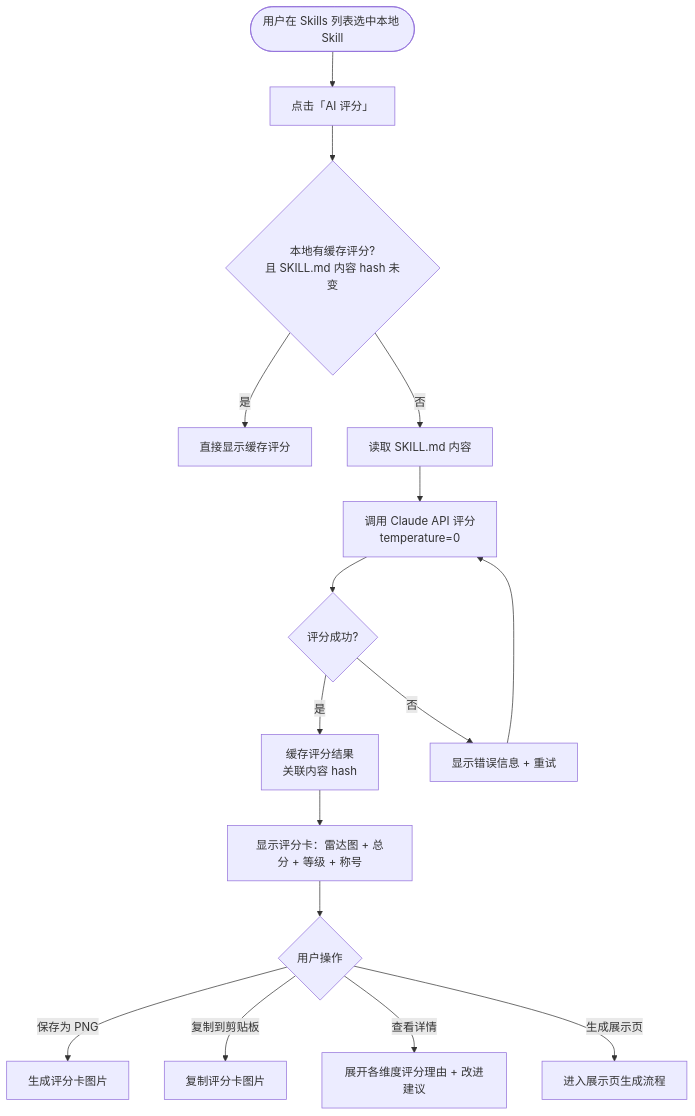
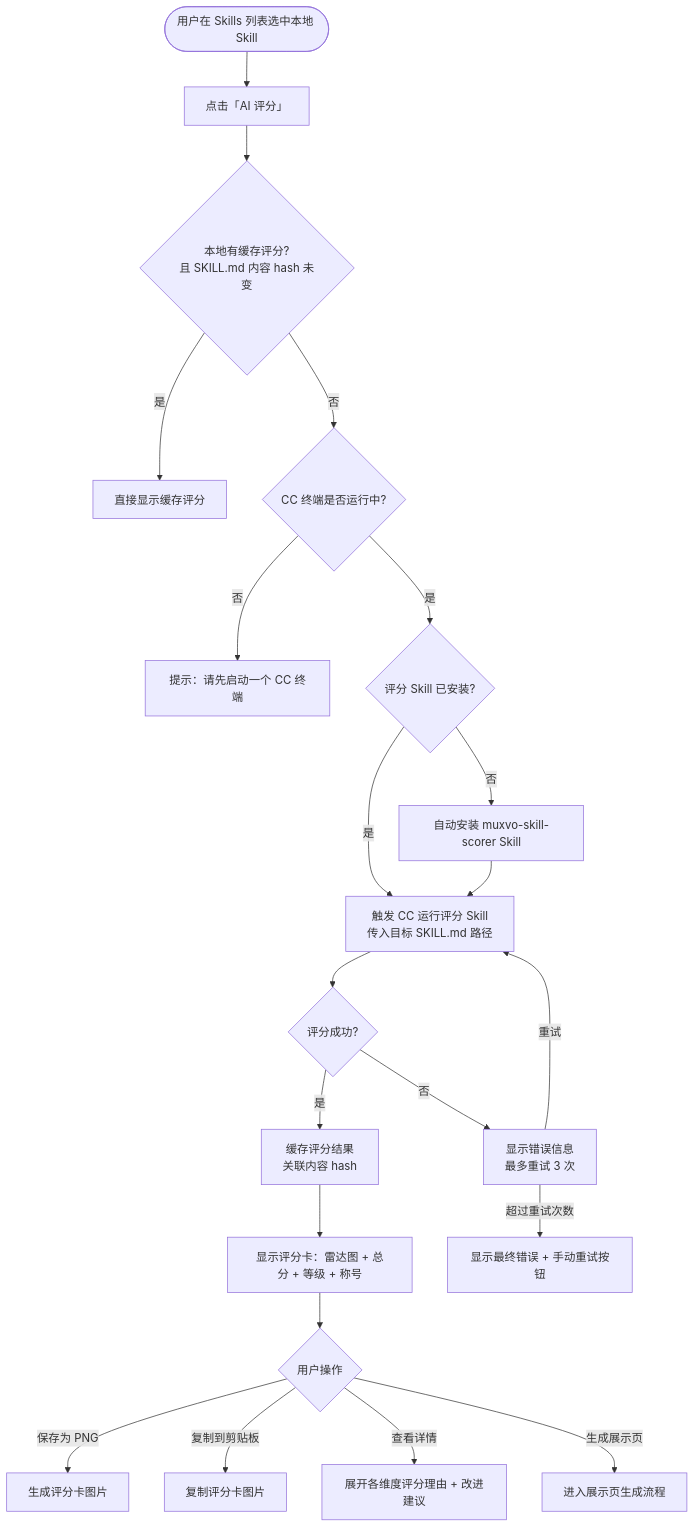
The tenth of 28 diagrams in PRD.md (muxvo/muxvo), drawn with Mermaid before and after one commit. The commit also changed other lines of this file, not shown here.

First line of the commit message:
✨ feat: 重构 AI 评分机制并增强 Skill 使用分析

````diff
--- a/PRD.md
+++ b/PRD.md
@@ -533,18 +543,23 @@
 ```mermaid
 flowchart TD
     Start([用户在 Skills 列表选中本地 Skill]) --> Click[点击「AI 评分」]
     Click --> CheckCache{本地有缓存评分?\n且 SKILL.md 内容 hash 未变}
     CheckCache -->|是| ShowCached[直接显示缓存评分]
-    CheckCache -->|否| Parse[读取 SKILL.md 内容]
-    Parse --> CallAPI[调用 Claude API 评分\ntemperature=0]
-    CallAPI --> Success{评分成功?}
+    CheckCache -->|否| CheckCC{CC 终端是否运行中?}
+    CheckCC -->|否| ErrorCC[提示：请先启动一个 CC 终端]
+    CheckCC -->|是| CheckSkill{评分 Skill 已安装?}
+    CheckSkill -->|否| InstallSkill[自动安装 muxvo-skill-scorer Skill]
+    CheckSkill -->|是| RunSkill[触发 CC 运行评分 Skill\n传入目标 SKILL.md 路径]
+    InstallSkill --> RunSkill
+    RunSkill --> Success{评分成功?}
     Success -->|是| Cache[缓存评分结果\n关联内容 hash]
     Cache --> Display[显示评分卡：雷达图 + 总分 + 等级 + 称号]
     Display --> Actions{用户操作}
     Actions -->|保存为 PNG| SaveImage[生成评分卡图片]
     Actions -->|复制到剪贴板| CopyImage[复制评分卡图片]
     Actions -->|查看详情| ShowDetail[展开各维度评分理由 + 改进建议]
     Actions -->|生成展示页| GoShowcase[进入展示页生成流程]
-    Success -->|否| Error[显示错误信息 + 重试]
-    Error --> CallAPI
+    Success -->|否| Error[显示错误信息\n最多重试 3 次]
+    Error -->|重试| RunSkill
+    Error -->|超过重试次数| ErrorFinal[显示最终错误 + 手动重试按钮]
 ```
````
